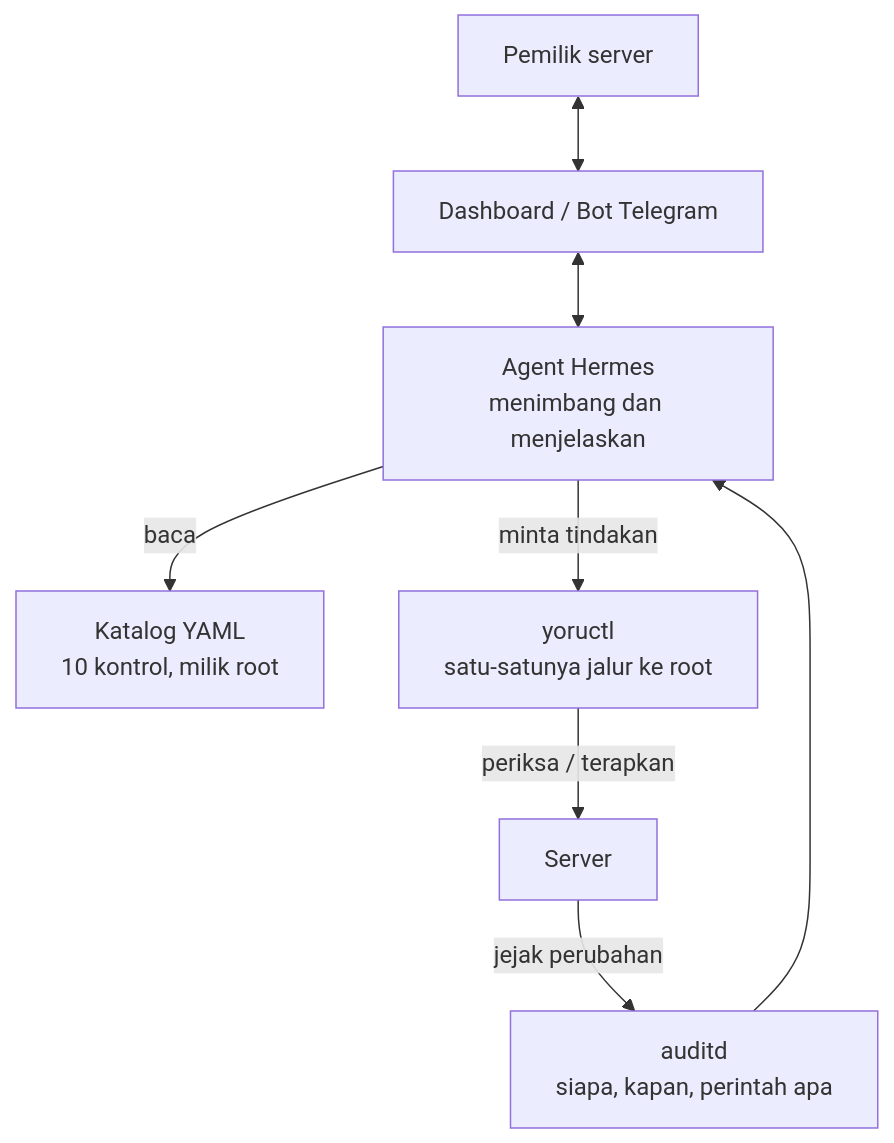
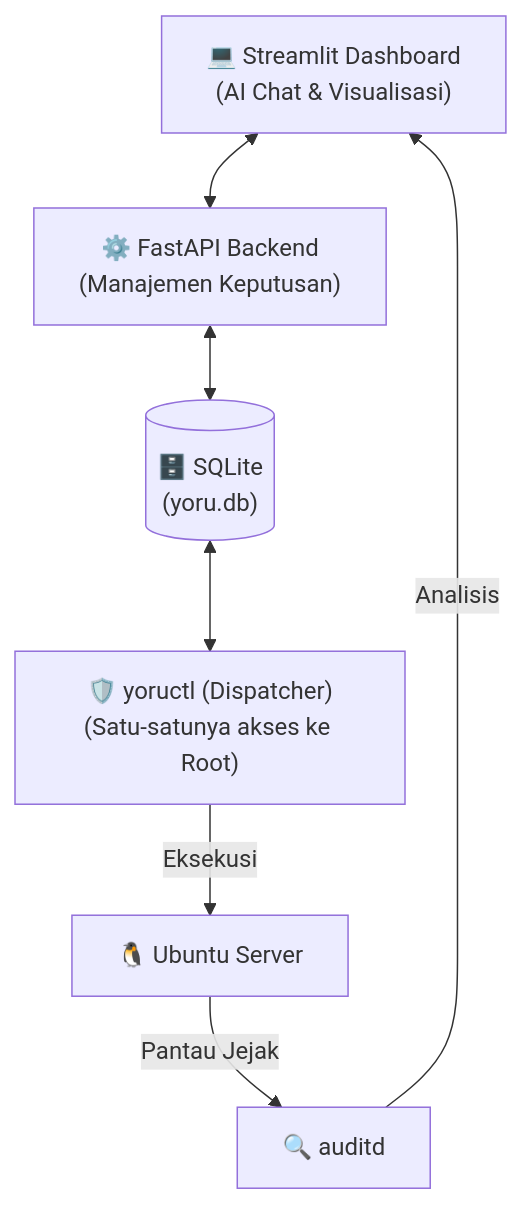
The diagram in README.md (indri007/YORU), drawn with Mermaid before and after one commit. The commit also changed other lines of this file, not shown here.

````diff
--- a/README.md
+++ b/README.md
@@ -24,10 +37,9 @@
 ```mermaid
 flowchart TD
-    P["Pemilik server"] <--> UI["Dashboard / Bot Telegram"]
-    UI <--> A["Agent Hermes<br/>menimbang dan menjelaskan"]
-    A -- baca --> K["Katalog YAML<br/>10 kontrol, milik root"]
-    A -- minta tindakan --> D["yoructl<br/>satu-satunya jalur ke root"]
-    D -- periksa / terapkan --> S["Server"]
-    S -- jejak perubahan --> AU["auditd<br/>siapa, kapan, perintah apa"]
-    AU --> A
+    UI["💻 Streamlit Dashboard<br/>(AI Chat & Visualisasi)"] <--> API["⚙️ FastAPI Backend<br/>(Manajemen Keputusan)"]
+    API <--> DB[("🗄️ SQLite<br/>(yoru.db)")]
+    DB <--> YC["🛡️ yoructl (Dispatcher)<br/>(Satu-satunya akses ke Root)"]
+    YC -- Eksekusi --> OS["🐧 Ubuntu Server"]
+    OS -- Pantau Jejak --> AU["🔍 auditd"]
+    AU -- Analisis --> UI
 ```
````
